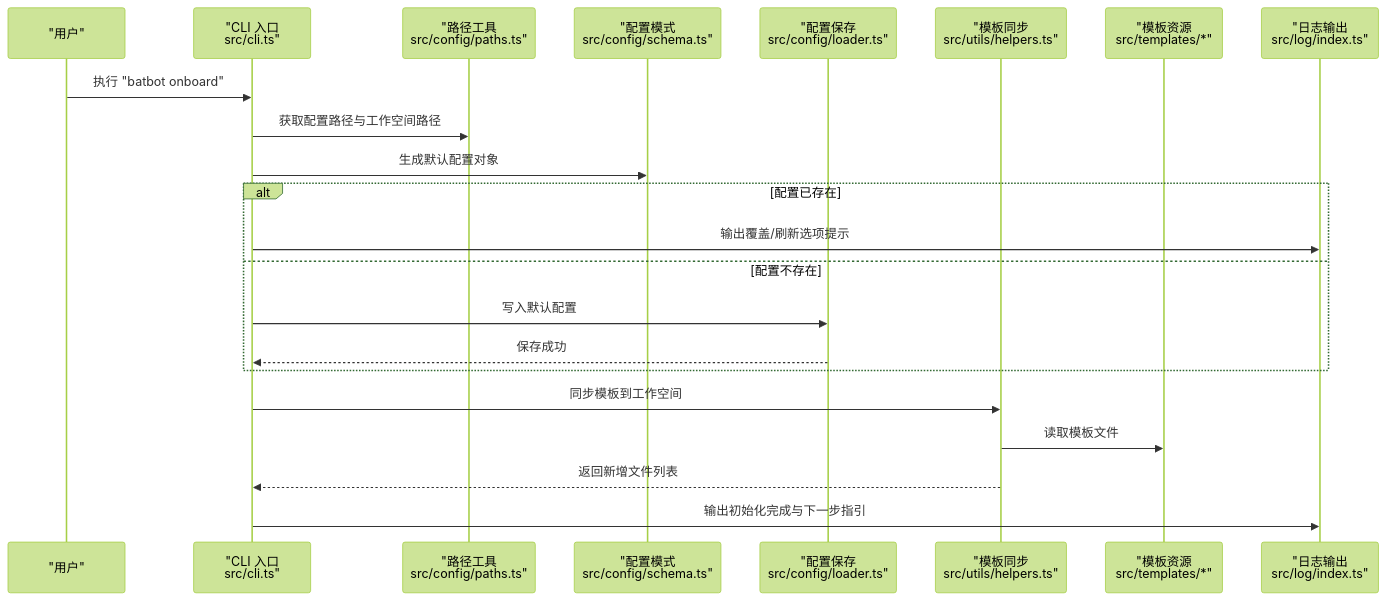
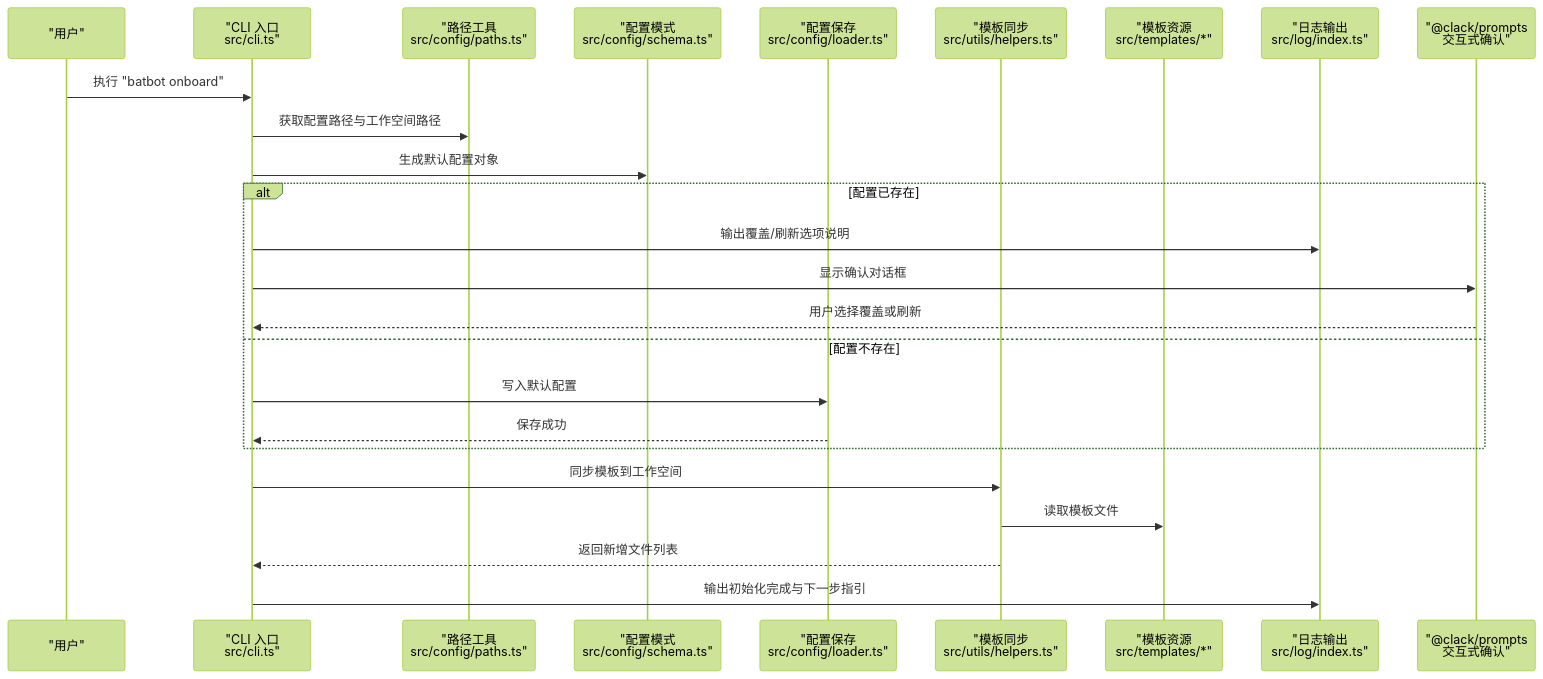
Before and after one commit to neciszhang/batbot: the second of 4 diagrams in .qoder/repowiki/zh/content/命令参考手册/初始化命令 (onboard).md, drawn with Mermaid (forest theme). The commit also changed other lines of this file and 7 other files, not shown here.

````diff
--- a/.qoder/repowiki/zh/content/命令参考手册/初始化命令 (onboard).md
+++ b/.qoder/repowiki/zh/content/命令参考手册/初始化命令 (onboard).md
@@ -97,24 +106,27 @@
 ```mermaid
 sequenceDiagram
 participant U as "用户"
 participant CLI as "CLI 入口<br/>src/cli.ts"
 participant P as "路径工具<br/>src/config/paths.ts"
 participant S as "配置模式<br/>src/config/schema.ts"
 participant L as "配置保存<br/>src/config/loader.ts"
 participant H as "模板同步<br/>src/utils/helpers.ts"
 participant T as "模板资源<br/>src/templates/*"
 participant LOG as "日志输出<br/>src/log/index.ts"
+participant C as "@clack/prompts<br/>交互式确认"
 U->>CLI : 执行 "batbot onboard"
 CLI->>P : 获取配置路径与工作空间路径
 CLI->>S : 生成默认配置对象
 alt 配置已存在
-CLI->>LOG : 输出覆盖/刷新选项提示
+CLI->>LOG : 输出覆盖/刷新选项说明
+CLI->>C : 显示确认对话框
+C-->>CLI : 用户选择覆盖或刷新
 else 配置不存在
 CLI->>L : 写入默认配置
 L-->>CLI : 保存成功
 end
 CLI->>H : 同步模板到工作空间
 H->>T : 读取模板文件
 H-->>CLI : 返回新增文件列表
 CLI->>LOG : 输出初始化完成与下一步指引
 ```
````
